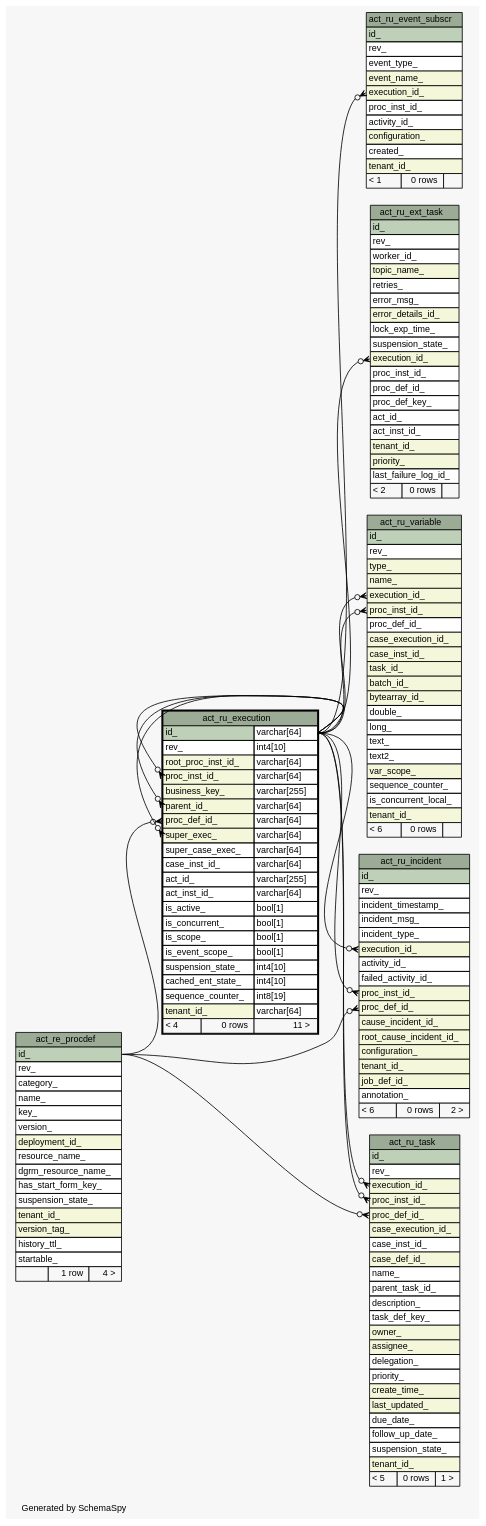
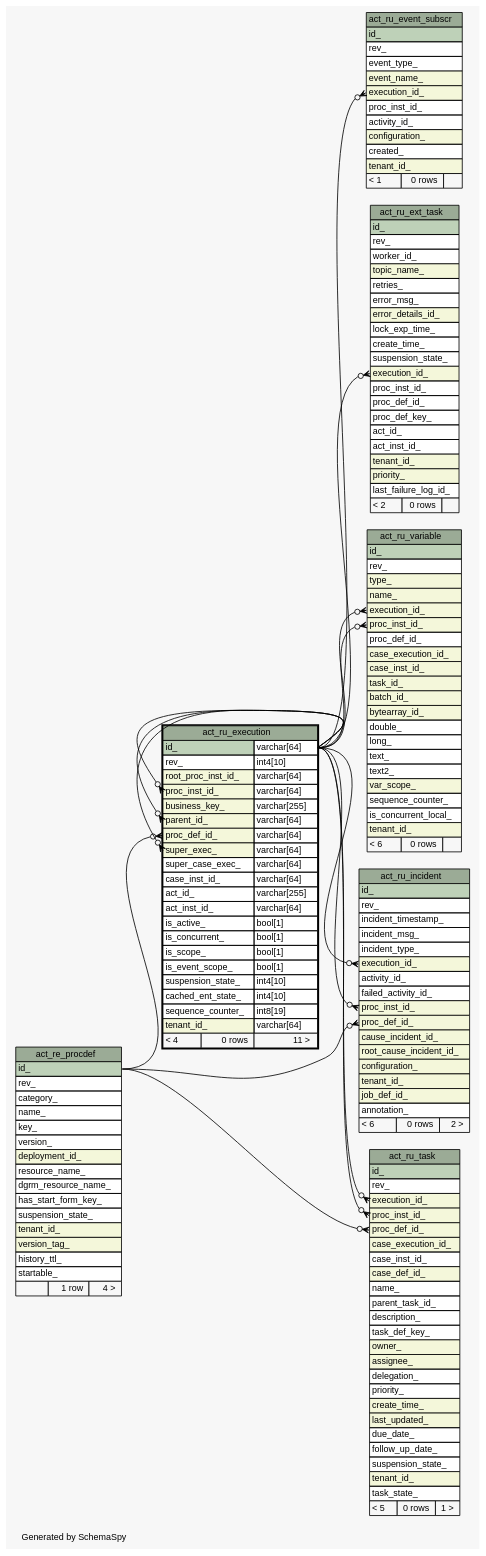
The diagram in 2.0.0-SNAPSHOT/schemaspy/diagrams/act_ru_execution.1degree.dot (openwms/org.openwms.tms.routing.lib), drawn with Graphviz before and after one commit. The commit also changed 614 other files, not shown here.

```diff
--- a/2.0.0-SNAPSHOT/schemaspy/diagrams/act_ru_execution.1degree.dot
+++ b/2.0.0-SNAPSHOT/schemaspy/diagrams/act_ru_execution.1degree.dot
@@ -117,6 +117,7 @@
       <TR><TD PORT="error_msg_" COLSPAN="3" ALIGN="LEFT">error_msg_</TD></TR>
       <TR><TD PORT="error_details_id_" COLSPAN="3" BGCOLOR="#f4f7da" ALIGN="LEFT">error_details_id_</TD></TR>
       <TR><TD PORT="lock_exp_time_" COLSPAN="3" ALIGN="LEFT">lock_exp_time_</TD></TR>
+      <TR><TD PORT="create_time_" COLSPAN="3" ALIGN="LEFT">create_time_</TD></TR>
       <TR><TD PORT="suspension_state_" COLSPAN="3" ALIGN="LEFT">suspension_state_</TD></TR>
       <TR><TD PORT="execution_id_" COLSPAN="3" BGCOLOR="#f4f7da" ALIGN="LEFT">execution_id_</TD></TR>
       <TR><TD PORT="proc_inst_id_" COLSPAN="3" ALIGN="LEFT">proc_inst_id_</TD></TR>
@@ -183,6 +184,7 @@
       <TR><TD PORT="follow_up_date_" COLSPAN="3" ALIGN="LEFT">follow_up_date_</TD></TR>
       <TR><TD PORT="suspension_state_" COLSPAN="3" ALIGN="LEFT">suspension_state_</TD></TR>
       <TR><TD PORT="tenant_id_" COLSPAN="3" BGCOLOR="#f4f7da" ALIGN="LEFT">tenant_id_</TD></TR>
+      <TR><TD PORT="task_state_" COLSPAN="3" ALIGN="LEFT">task_state_</TD></TR>
       <TR><TD ALIGN="LEFT" BGCOLOR="#f7f7f7">&lt; 5</TD><TD ALIGN="RIGHT" BGCOLOR="#f7f7f7">0 rows</TD><TD ALIGN="RIGHT" BGCOLOR="#f7f7f7">1 &gt;</TD></TR>
     </TABLE>>
     URL="act_ru_task.html"
```
